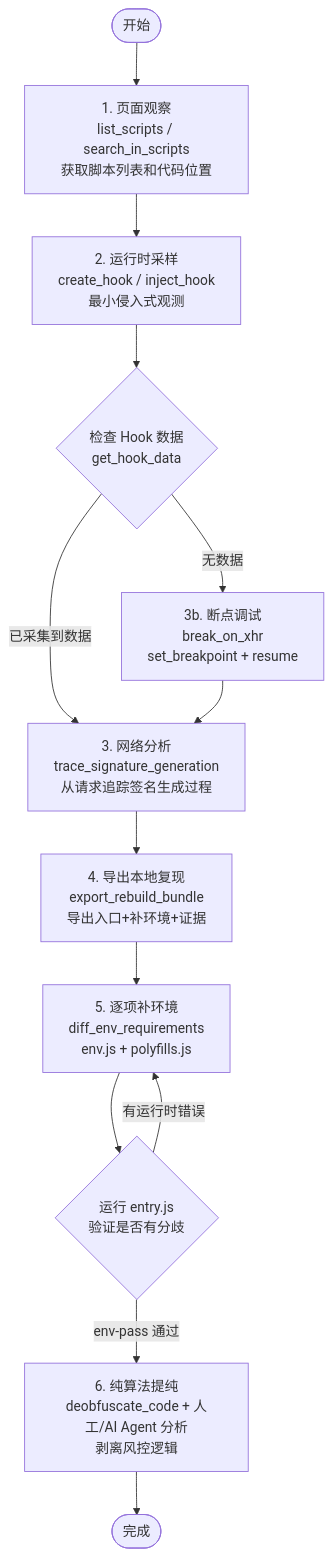
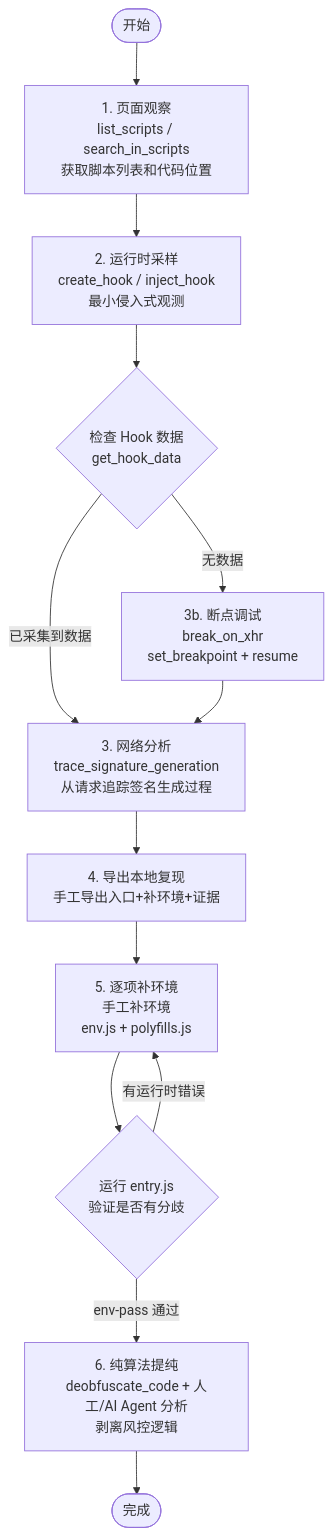
One commit to ruoxhub/browsercli changed the third of 3 diagrams in README.md. Above: the diagram before and after it, drawn with Mermaid. The commit also changed other lines of this file and 18 other files, not shown here.

````diff
--- a/README.md
+++ b/README.md
@@ -645,15 +643,15 @@
 ```mermaid
 flowchart TB
     START([开始]) --> OBSERVE[1. 页面观察<br/>list_scripts / search_in_scripts<br/>获取脚本列表和代码位置]
     OBSERVE --> HOOK[2. 运行时采样<br/>create_hook / inject_hook<br/>最小侵入式观测]
     HOOK --> CHECK_HOOK{检查 Hook 数据<br/>get_hook_data}
     CHECK_HOOK -->|已采集到数据| NETWORK[3. 网络分析<br/>trace_signature_generation<br/>从请求追踪签名生成过程]
     CHECK_HOOK -->|无数据| DEBUG[3b. 断点调试<br/>break_on_xhr<br/>set_breakpoint + resume]
     DEBUG --> NETWORK
-    NETWORK --> EXPORT[4. 导出本地复现<br/>export_rebuild_bundle<br/>导出入口+补环境+证据]
-    EXPORT --> ENV[5. 逐项补环境<br/>diff_env_requirements<br/>env.js + polyfills.js]
+    NETWORK --> EXPORT[4. 导出本地复现<br/>手工导出入口+补环境+证据]
+    EXPORT --> ENV[5. 逐项补环境<br/>手工补环境<br/>env.js + polyfills.js]
     ENV --> VERIFY{运行 entry.js<br/>验证是否有分歧}
     VERIFY -->|有运行时错误| ENV
     VERIFY -->|env-pass 通过| PURE[6. 纯算法提纯<br/>deobfuscate_code + 人工/AI Agent 分析<br/>剥离风控逻辑]
     PURE --> DONE([完成])
 ```
````
